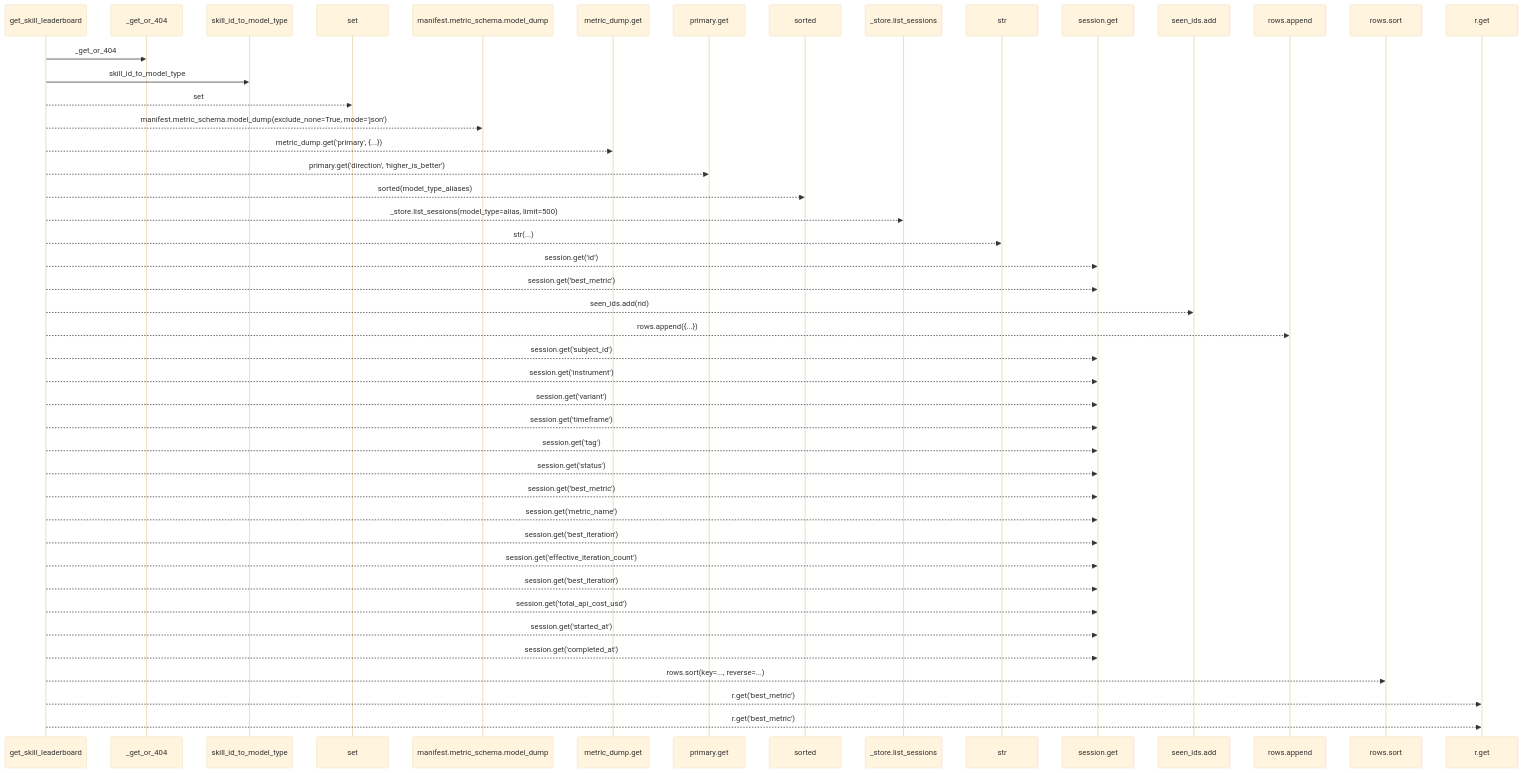
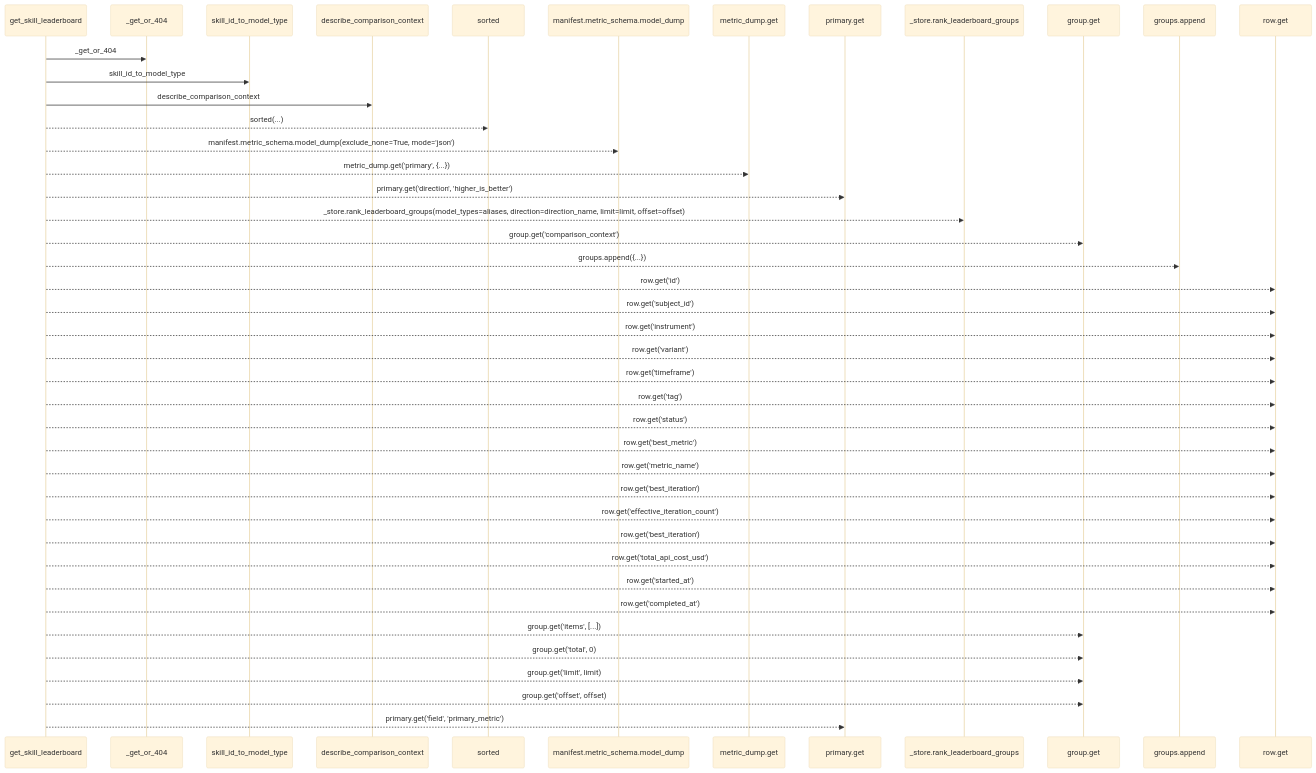
One commit to Denissvgn/autoresearch-agent changed the first of 2 diagrams in docs/llm_wiki/flows/http-get_skill_leaderboard.md. Above: the diagram before and after it, drawn with Mermaid (base theme). The commit also changed other lines of this file and 1033 other files, not shown here.

````diff
--- a/docs/llm_wiki/flows/http-get_skill_leaderboard.md
+++ b/docs/llm_wiki/flows/http-get_skill_leaderboard.md
@@ -12,48 +12,45 @@
 ```mermaid
 sequenceDiagram
     participant p0 as get_skill_leaderboard
     participant p1 as _get_or_404
     participant p2 as skill_id_to_model_type
-    participant p3 as set
-    participant p4 as manifest.metric_schema.model_dump
-    participant p5 as metric_dump.get
-    participant p6 as primary.get
-    participant p7 as sorted
-    participant p8 as _store.list_sessions
-    participant p9 as str
-    participant p10 as session.get
-    participant p11 as seen_ids.add
-    participant p12 as rows.append
-    participant p13 as rows.sort
-    participant p14 as r.get
+    participant p3 as describe_comparison_context
+    participant p4 as sorted
+    participant p5 as manifest.metric_schema.model_dump
+    participant p6 as metric_dump.get
+    participant p7 as primary.get
+    participant p8 as _store.rank_leaderboard_groups
+    participant p9 as group.get
+    participant p10 as groups.append
+    participant p11 as row.get
     p0->>p1: _get_or_404
     p0->>p2: skill_id_to_model_type
-    p0-->>p3: set
-    p0-->>p4: manifest.metric_schema.model_dump(exclude_none=True, mode='json')
-    p0-->>p5: metric_dump.get('primary', {...})
-    p0-->>p6: primary.get('direction', 'higher_is_better')
-    p0-->>p7: sorted(model_type_aliases)
-    p0-->>p8: _store.list_sessions(model_type=alias, limit=500)
-    p0-->>p9: str(...)
-    p0-->>p10: session.get('id')
-    p0-->>p10: session.get('best_metric')
-    p0-->>p11: seen_ids.add(rid)
-    p0-->>p12: rows.append({...})
-    p0-->>p10: session.get('subject_id')
-    p0-->>p10: session.get('instrument')
-    p0-->>p10: session.get('variant')
-    p0-->>p10: session.get('timeframe')
-    p0-->>p10: session.get('tag')
-    p0-->>p10: session.get('status')
-    p0-->>p10: session.get('best_metric')
-    p0-->>p10: session.get('metric_name')
-    p0-->>p10: session.get('best_iteration')
-    p0-->>p10: session.get('effective_iteration_count')
-    p0-->>p10: session.get('best_iteration')
-    p0-->>p10: session.get('total_api_cost_usd')
-    p0-->>p10: session.get('started_at')
-    p0-->>p10: session.get('completed_at')
-    p0-->>p13: rows.sort(key=..., reverse=...)
-    p0-->>p14: r.get('best_metric')
-    p0-->>p14: r.get('best_metric')
+    p0->>p3: describe_comparison_context
+    p0-->>p4: sorted(...)
+    p0-->>p5: manifest.metric_schema.model_dump(exclude_none=True, mode='json')
+    p0-->>p6: metric_dump.get('primary', {...})
+    p0-->>p7: primary.get('direction', 'higher_is_better')
+    p0-->>p8: _store.rank_leaderboard_groups(model_types=aliases, direction=direction_name, limit=limit, offset=offset)
+    p0-->>p9: group.get('comparison_context')
+    p0-->>p10: groups.append({...})
+    p0-->>p11: row.get('id')
+    p0-->>p11: row.get('subject_id')
+    p0-->>p11: row.get('instrument')
+    p0-->>p11: row.get('variant')
+    p0-->>p11: row.get('timeframe')
+    p0-->>p11: row.get('tag')
+    p0-->>p11: row.get('status')
+    p0-->>p11: row.get('best_metric')
+    p0-->>p11: row.get('metric_name')
+    p0-->>p11: row.get('best_iteration')
+    p0-->>p11: row.get('effective_iteration_count')
+    p0-->>p11: row.get('best_iteration')
+    p0-->>p11: row.get('total_api_cost_usd')
+    p0-->>p11: row.get('started_at')
+    p0-->>p11: row.get('completed_at')
+    p0-->>p9: group.get('items', [...])
+    p0-->>p9: group.get('total', 0)
+    p0-->>p9: group.get('limit', limit)
+    p0-->>p9: group.get('offset', offset)
+    p0-->>p7: primary.get('field', 'primary_metric')
 ```
````
